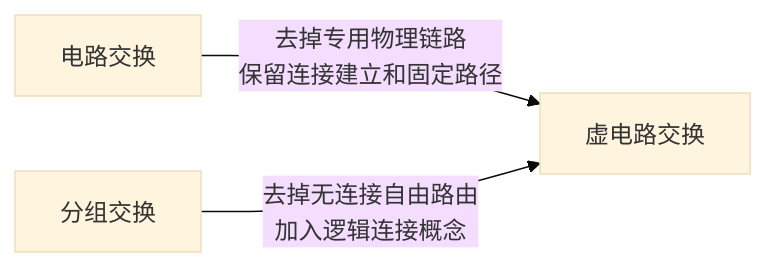
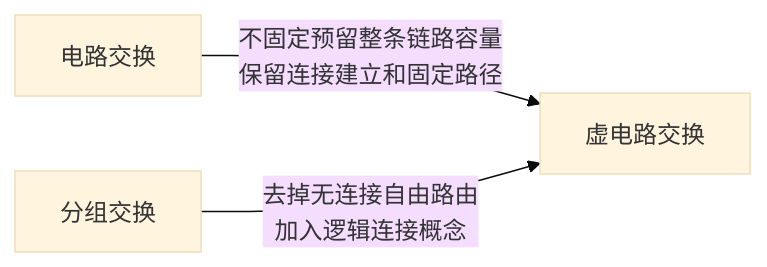
One commit to flycodeu/FlyCodeCenter changed the sixth of 6 diagrams in src/content/interview/计算机网络/电路交换和分组交换.md. Above: the diagram before and after it, drawn with Mermaid (base theme). The commit also changed other lines of this file and 181 other files, not shown here.

````diff
--- a/src/content/interview/计算机网络/电路交换和分组交换.md
+++ b/src/content/interview/计算机网络/电路交换和分组交换.md
@@ -253,5 +214,5 @@
 ```mermaid
 graph LR
-    A["电路交换"] -->|"去掉专用物理链路\n保留连接建立和固定路径"| VC["虚电路交换"]
+    A["电路交换"] -->|"不固定预留整条链路容量\n保留连接建立和固定路径"| VC["虚电路交换"]
     B["分组交换"] -->|"去掉无连接自由路由\n加入逻辑连接概念"| VC
 ```
````
